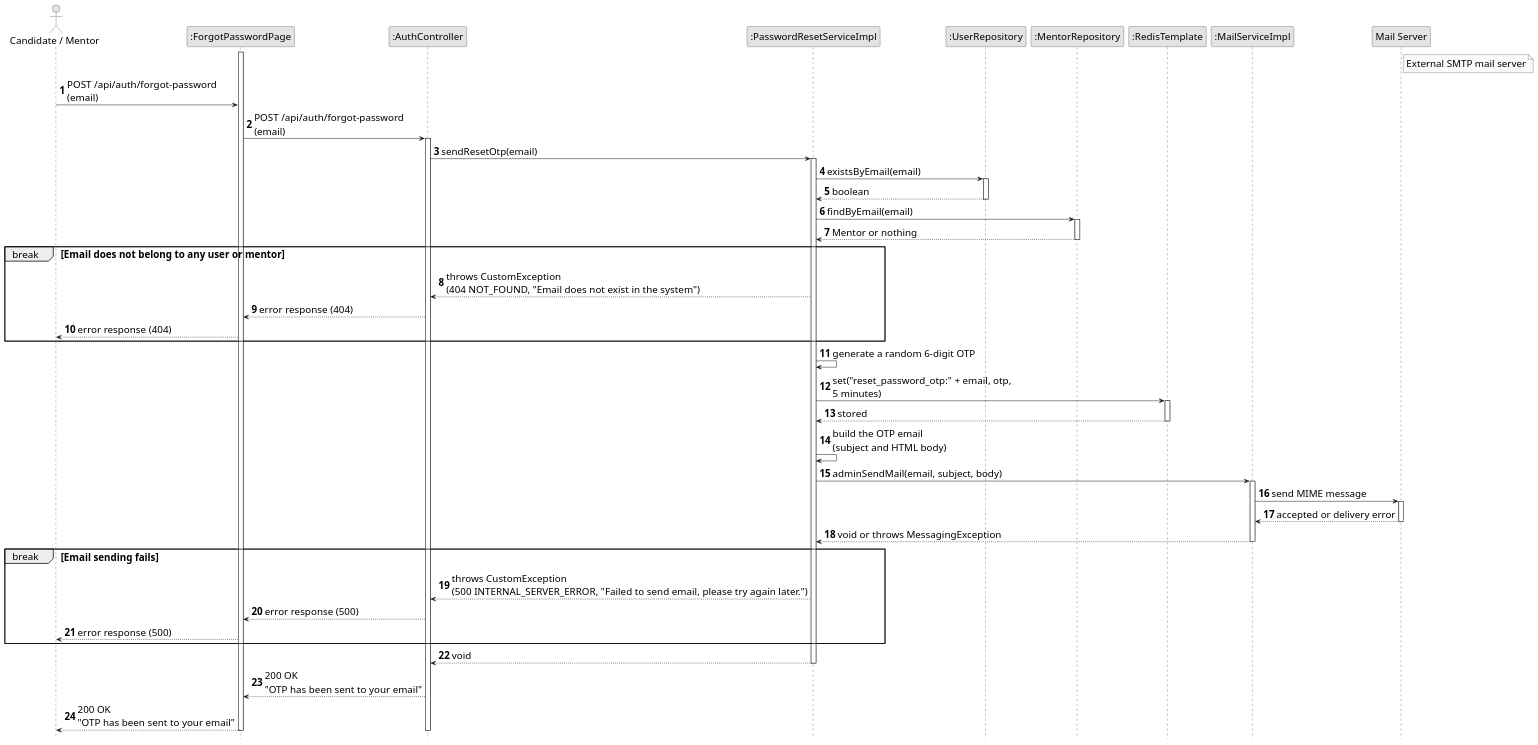
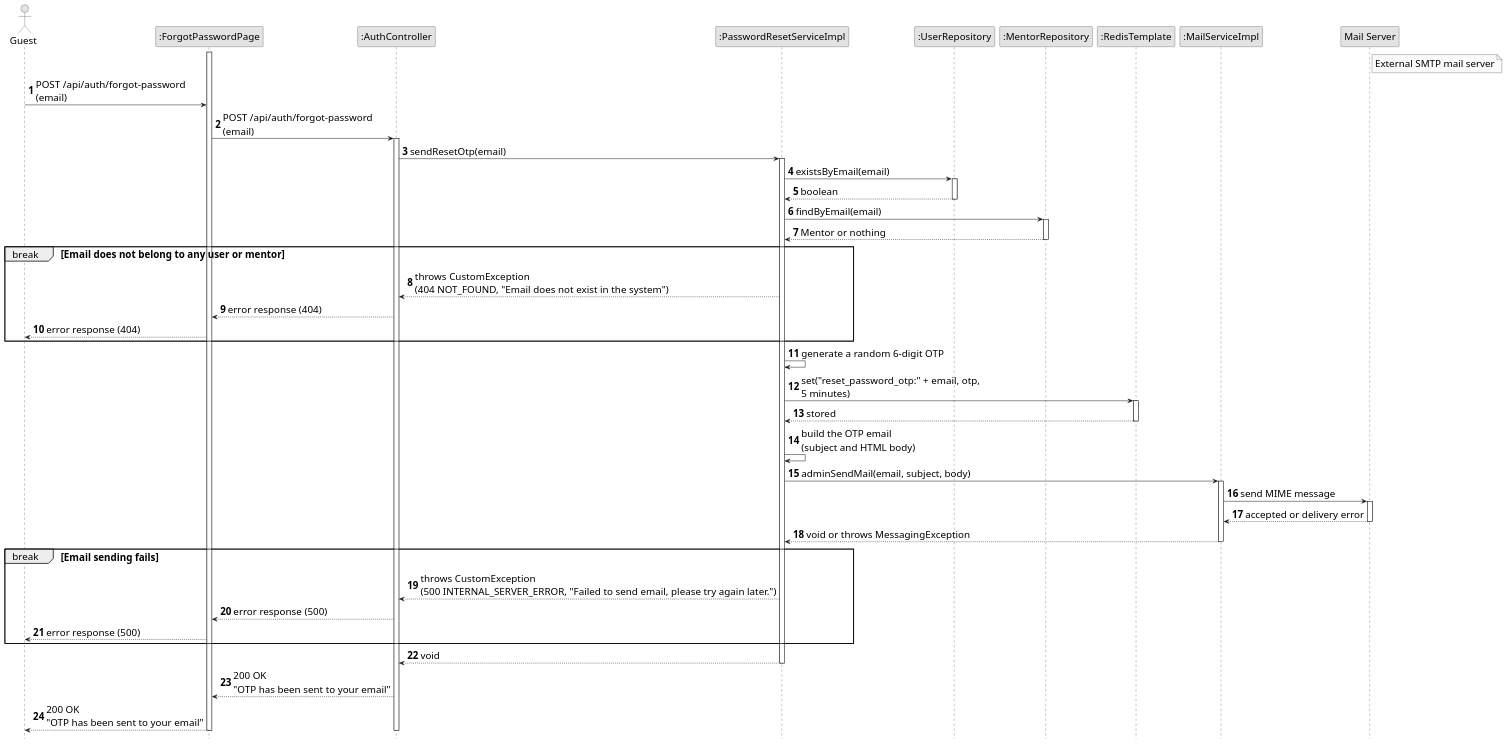
Before and after one commit to Kdz198/Inblue: the diagram in diagram/sequence/sequence-3.1.2.3(1).puml, drawn with PlantUML. The commit also changed 7 other files, not shown here.

Commit message:
feat: rename "Candidate / Mentor" to "User" in sequence diagrams for clarity

```diff
--- a/diagram/sequence/sequence-3.1.2.3(1).puml
+++ b/diagram/sequence/sequence-3.1.2.3(1).puml
@@ -1,100 +1,100 @@
 @startuml SendPasswordResetOtp
 skinparam monochrome true
 skinparam shadowing false
 skinparam defaultFontSize 20
 
 ' Do not repeat participant boxes at the bottom of the diagram
 hide footbox
 
 <style>
 sequenceDiagram {
   groupHeader {
     FontStyle plain
   }
 }
 </style>
 
 autonumber
 
-actor "Candidate / Mentor" as User
+actor "Guest" as User
 participant ":ForgotPasswordPage" as Client
 participant ":AuthController" as Controller
 participant ":PasswordResetServiceImpl" as Service
 participant ":UserRepository" as UserRepo
 participant ":MentorRepository" as MentorRepo
 participant ":RedisTemplate" as Redis
 participant ":MailServiceImpl" as MailService
 participant "Mail Server" as MailServer
 
 note right of MailServer
   External SMTP mail server
 end note
 
 ' ===================== Request the OTP =====================
 
 activate Client
 
 User -> Client : POST /api/auth/forgot-password\n(email)
 Client -> Controller : POST /api/auth/forgot-password\n(email)
 activate Controller
 
 Controller -> Service : sendResetOtp(email)
 activate Service
 
 ' ===================== Check that the email belongs to an account =====================
 
 Service -> UserRepo : existsByEmail(email)
 activate UserRepo
 UserRepo --> Service : boolean
 deactivate UserRepo
 
 Service -> MentorRepo : findByEmail(email)
 activate MentorRepo
 MentorRepo --> Service : Mentor or nothing
 deactivate MentorRepo
 
 break Email does not belong to any user or mentor
     Service --> Controller : throws CustomException\n(404 NOT_FOUND, "Email does not exist in the system")
     Controller --> Client : error response (404)
     Client --> User : error response (404)
 end
 
 ' ===================== Generate and store the OTP =====================
 
 Service -> Service : generate a random 6-digit OTP
 
 Service -> Redis : set("reset_password_otp:" + email, otp,\n5 minutes)
 activate Redis
 Redis --> Service : stored
 deactivate Redis
 
 ' ===================== Send the OTP by email =====================
 
 Service -> Service : build the OTP email\n(subject and HTML body)
 
 Service -> MailService : adminSendMail(email, subject, body)
 activate MailService
 MailService -> MailServer : send MIME message
 activate MailServer
 
 MailServer --> MailService : accepted or delivery error
 deactivate MailServer
 MailService --> Service : void or throws MessagingException
 deactivate MailService
 
 break Email sending fails
     Service --> Controller : throws CustomException\n(500 INTERNAL_SERVER_ERROR, "Failed to send email, please try again later.")
     Controller --> Client : error response (500)
     Client --> User : error response (500)
 end
 
 Service --> Controller : void
 deactivate Service
 
 Controller --> Client : 200 OK\n"OTP has been sent to your email"
 Client --> User : 200 OK\n"OTP has been sent to your email"
 deactivate Controller
 
 deactivate Client
 
 @enduml
```
